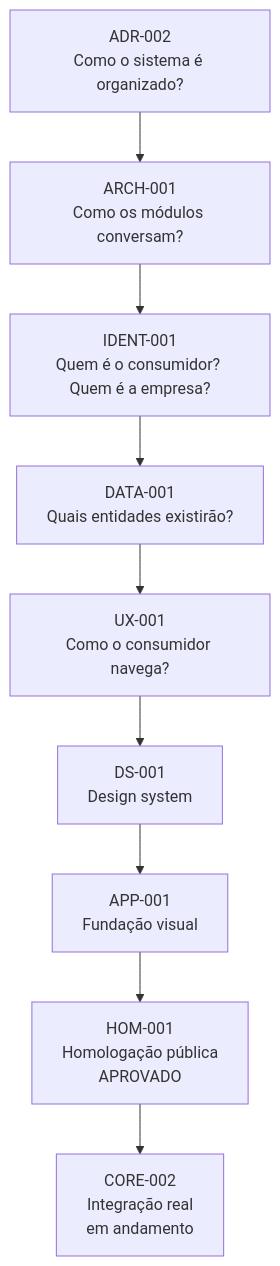
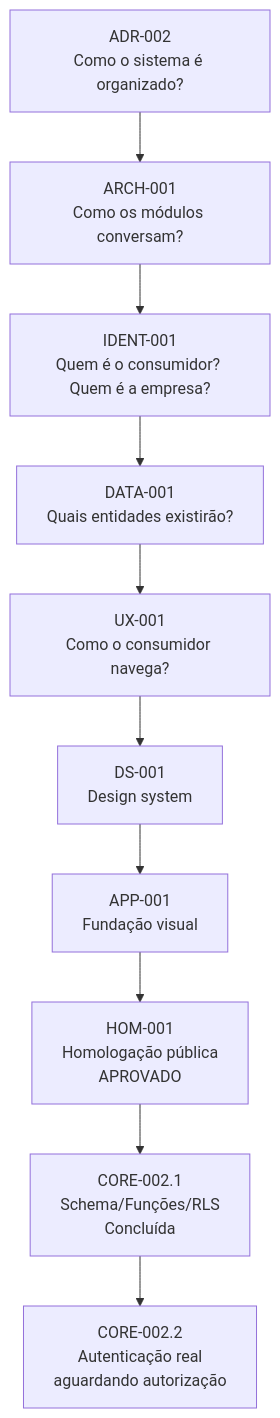
One commit to BrightEcosystem/Bright-Platform changed the diagram in PROJECT-ROADMAP.md. Above: the diagram before and after it, drawn with Mermaid. The commit also changed other lines of this file and 12 other files, not shown here.

First line of the commit message:
feat: aplica schema, funcoes e RLS da CORE-002.1 ao Supabase real

````diff
--- a/PROJECT-ROADMAP.md
+++ b/PROJECT-ROADMAP.md
@@ -33,11 +34,12 @@
 ```mermaid
 graph TD
     ADR002[ADR-002<br/>Como o sistema é organizado?] --> ARCH001[ARCH-001<br/>Como os módulos conversam?]
     ARCH001 --> IDENT001[IDENT-001<br/>Quem é o consumidor? Quem é a empresa?]
     IDENT001 --> DATA001[DATA-001<br/>Quais entidades existirão?]
     DATA001 --> UX001[UX-001<br/>Como o consumidor navega?]
     UX001 --> DS001[DS-001<br/>Design system]
     DS001 --> APP001[APP-001<br/>Fundação visual]
     APP001 --> HOM001[HOM-001<br/>Homologação pública<br/>APROVADO]
-    HOM001 --> CORE002[CORE-002<br/>Integração real<br/>em andamento]
+    HOM001 --> CORE0021[CORE-002.1<br/>Schema/Funções/RLS<br/>Concluída]
+    CORE0021 --> CORE0022[CORE-002.2<br/>Autenticação real<br/>aguardando autorização]
 ```
````
